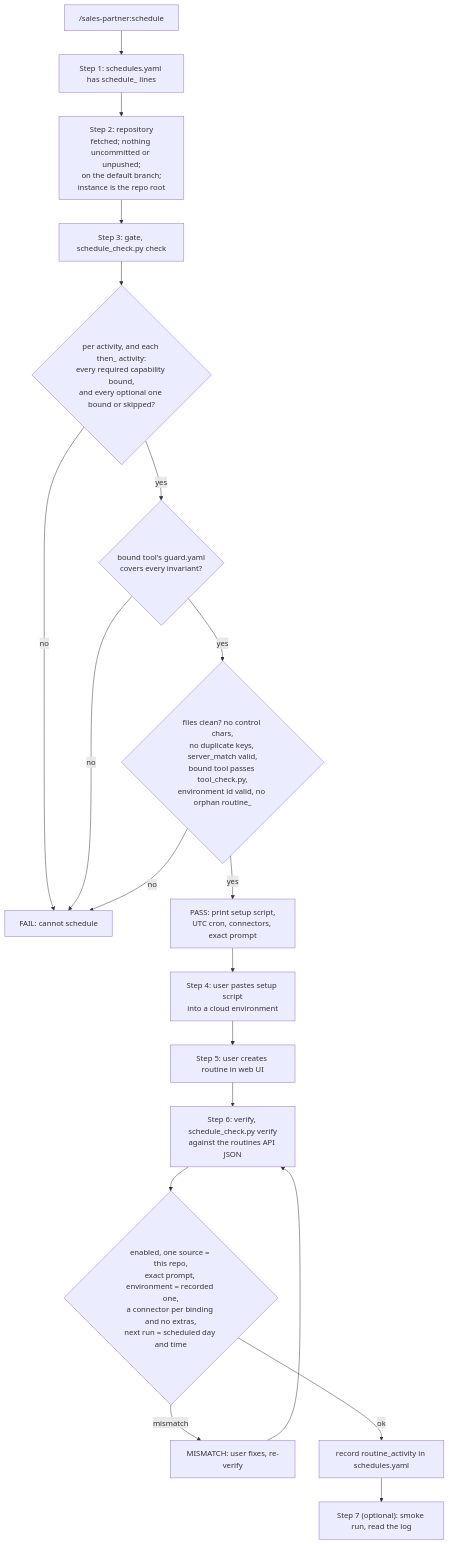
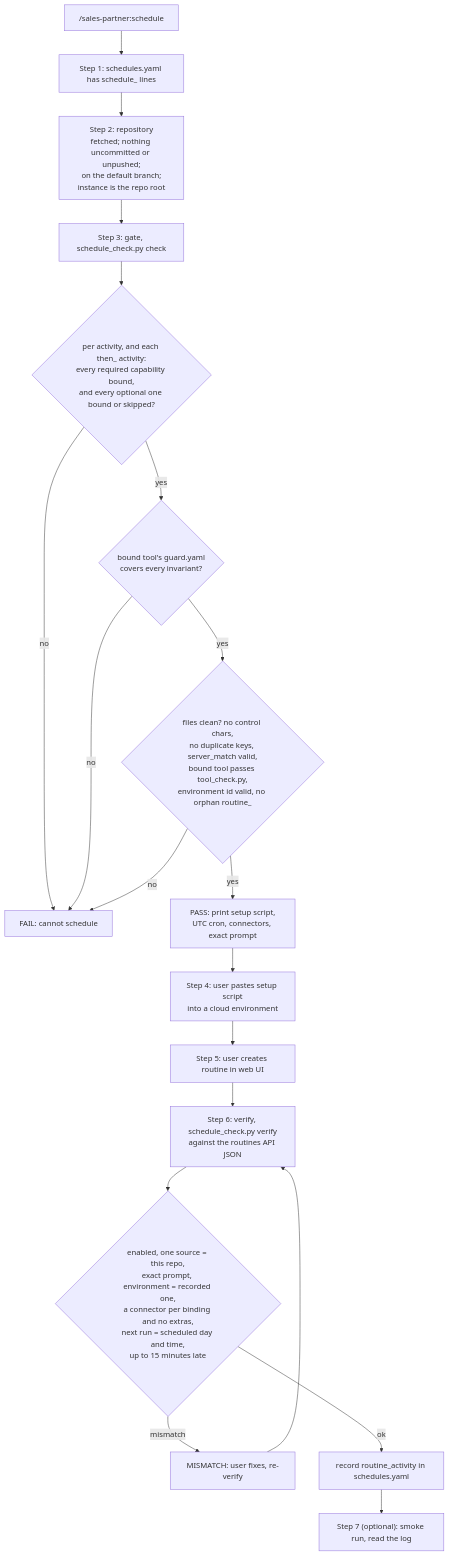
One commit to webspenser/agent-builder changed the fifth of 6 diagrams in docs/how-it-works.md. Above: the diagram before and after it, drawn with Mermaid. The commit also changed other lines of this file and 7 other files, not shown here.

````diff
--- a/docs/how-it-works.md
+++ b/docs/how-it-works.md
@@ -298,21 +298,21 @@
 ```mermaid
 flowchart TD
   K["/sales-partner:schedule"] --> G1["Step 1: schedules.yaml has schedule_ lines"]
   G1 --> G2["Step 2: repository<br/>fetched; nothing uncommitted or unpushed;<br/>on the default branch;<br/>instance is the repo root"]
   G2 --> G3["Step 3: gate, schedule_check.py check"]
   G3 --> C1{"per activity, and each then_ activity:<br/>every required capability bound,<br/>and every optional one bound or skipped?"}
   C1 -- no --> FAIL["FAIL: cannot schedule"]
   C1 -- yes --> C2{"bound tool's guard.yaml<br/>covers every invariant?"}
   C2 -- no --> FAIL
   C2 -- yes --> C3{"files clean? no control chars,<br/>no duplicate keys, server_match valid,<br/>bound tool passes tool_check.py,<br/>environment id valid, no orphan routine_"}
   C3 -- no --> FAIL
   C3 -- yes --> PASS["PASS: print setup script,<br/>UTC cron, connectors, exact prompt"]
   PASS --> G4["Step 4: user pastes setup script<br/>into a cloud environment"]
   G4 --> G5["Step 5: user creates routine in web UI"]
   G5 --> G6["Step 6: verify, schedule_check.py verify<br/>against the routines API JSON"]
-  G6 --> V1{"enabled, one source = this repo,<br/>exact prompt, environment = recorded one,<br/>a connector per binding and no extras,<br/>next run = scheduled day and time"}
+  G6 --> V1{"enabled, one source = this repo,<br/>exact prompt, environment = recorded one,<br/>a connector per binding and no extras,<br/>next run = scheduled day and time,<br/>up to 15 minutes late"}
   V1 -- mismatch --> FIX["MISMATCH: user fixes, re-verify"]
   FIX --> G6
   V1 -- ok --> REC["record routine_activity in schedules.yaml"]
   REC --> G7["Step 7 (optional): smoke run, read the log"]
 ```
````
